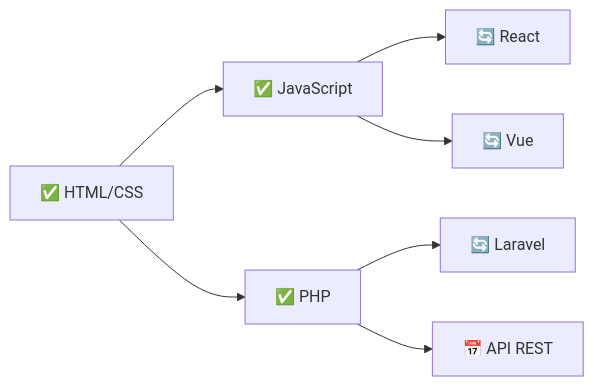
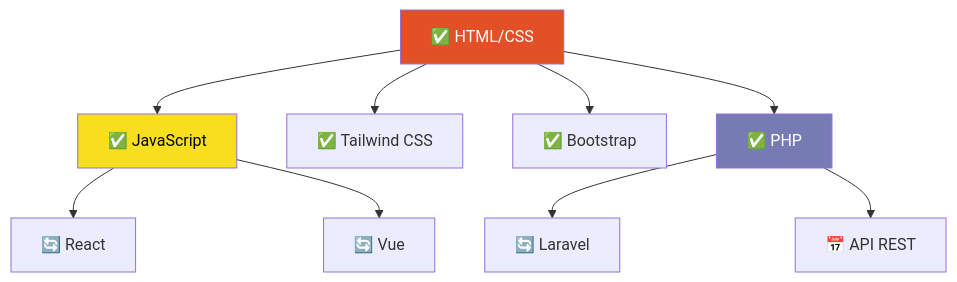
One commit to LuciaRuiz0810/LuciaRuiz0810 changed the diagram in README.md. Above: the diagram before and after it, drawn with Mermaid. The commit also changed other lines of this file, not shown here.

````diff
--- a/README.md
+++ b/README.md
@@ -49,9 +49,17 @@
 ```mermaid
-graph LR
+graph TB
     A[✅ HTML/CSS] --> B[✅ JavaScript]
+    A --> H[✅ Tailwind CSS]
+    A --> I[✅ Bootstrap]
+    
     B --> C[🔄 React]
     B --> D[🔄 Vue]
+    
     A --> E[✅ PHP]
     E --> F[🔄 Laravel]
     E --> G[📅 API REST]
+    
+    style A fill:#e34f26,color:#fff
+    style B fill:#f7df1e,color:#000
+    style E fill:#777bb4,color:#fff
 ```
````
